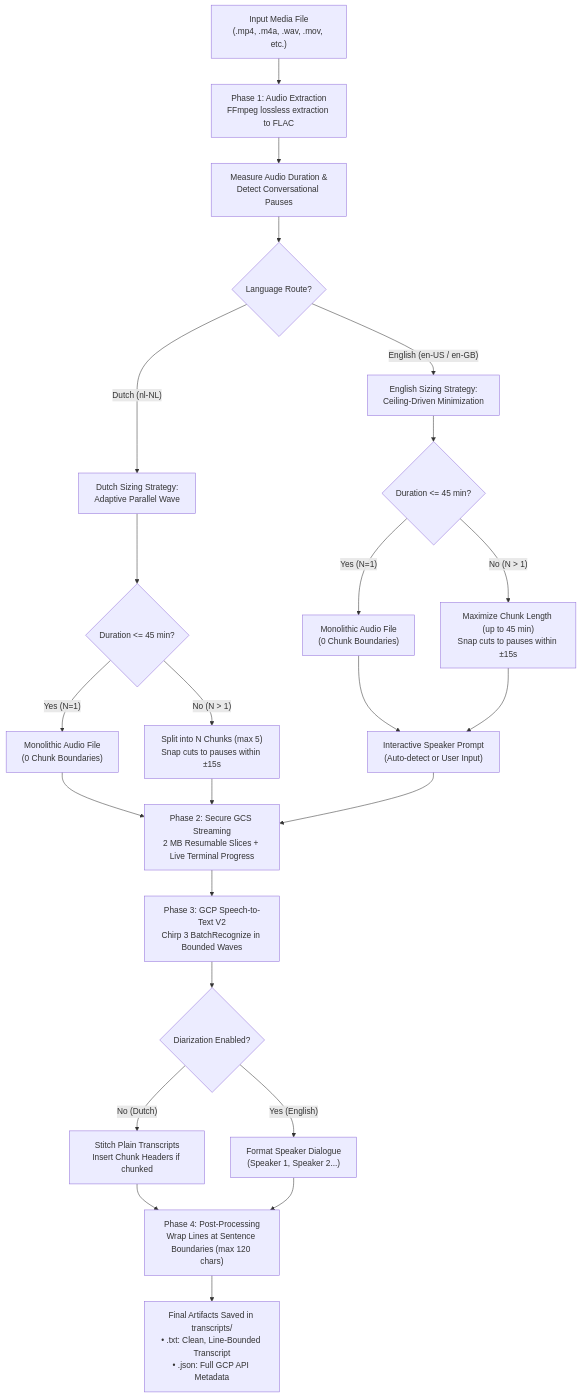
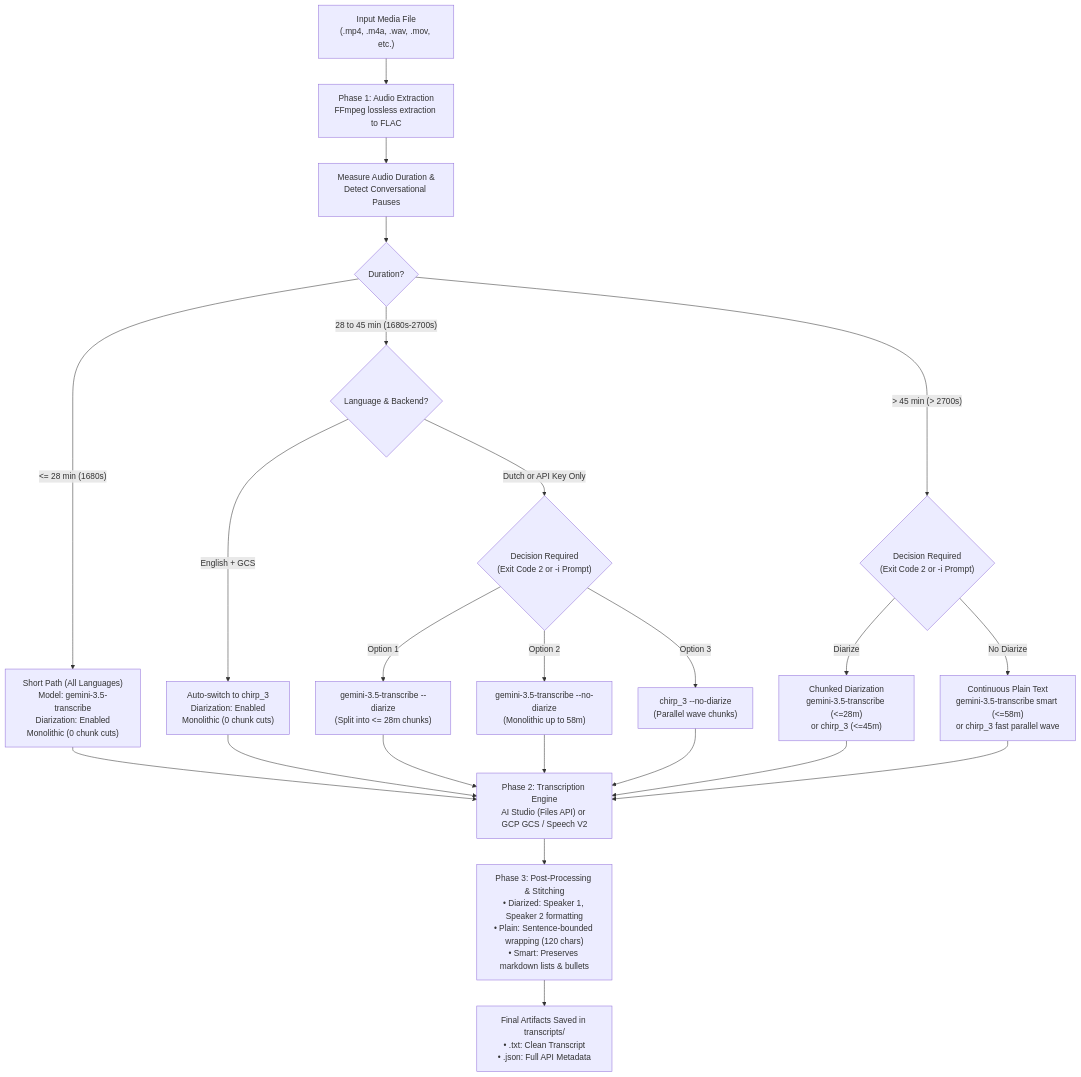
One commit to marketing-engineers/gcp-meeting-transcriber changed the diagram in README.md. Above: the diagram before and after it, drawn with Mermaid. The commit also changed other lines of this file and 3 other files, not shown here.

````diff
--- a/README.md
+++ b/README.md
@@ -122,36 +129,35 @@
 ```mermaid
 flowchart TD
     A["Input Media File<br/>(.mp4, .m4a, .wav, .mov, etc.)"] --> B["Phase 1: Audio Extraction<br/>FFmpeg lossless extraction to FLAC"]
     B --> C["Measure Audio Duration &<br/>Detect Conversational Pauses"]
     
-    C --> D{"Language Route?"}
+    C --> D{"Duration?"}
     
-    %% Dutch Path
-    D -->|"Dutch (nl-NL)"| E["Dutch Sizing Strategy:<br/>Adaptive Parallel Wave"]
-    E --> F{"Duration <= 45 min?"}
-    F -->|"Yes (N=1)"| G["Monolithic Audio File<br/>(0 Chunk Boundaries)"]
-    F -->|"No (N > 1)"| H["Split into N Chunks (max 5)<br/>Snap cuts to pauses within ±15s"]
+    %% Short Path
+    D -->|"<= 28 min (1680s)"| E["Short Path (All Languages)<br/>Model: gemini-3.5-transcribe<br/>Diarization: Enabled<br/>Monolithic (0 chunk cuts)"]
     
-    %% English Path
-    D -->|"English (en-US / en-GB)"| I["English Sizing Strategy:<br/>Ceiling-Driven Minimization"]
-    I --> J{"Duration <= 45 min?"}
-    J -->|"Yes (N=1)"| K["Monolithic Audio File<br/>(0 Chunk Boundaries)"]
-    J -->|"No (N > 1)"| L["Maximize Chunk Length (up to 45 min)<br/>Snap cuts to pauses within ±15s"]
+    %% Medium Path
+    D -->|"28 to 45 min (1680s-2700s)"| F{"Language & Backend?"}
+    F -->|"English + GCS"| G["Auto-switch to chirp_3<br/>Diarization: Enabled<br/>Monolithic (0 chunk cuts)"]
+    F -->|"Dutch or API Key Only"| H{"Decision Required<br/>(Exit Code 2 or -i Prompt)"}
+    H -->|"Option 1"| I["gemini-3.5-transcribe --diarize<br/>(Split into <= 28m chunks)"]
+    H -->|"Option 2"| J["gemini-3.5-transcribe --no-diarize<br/>(Monolithic up to 58m)"]
+    H -->|"Option 3"| K["chirp_3 --no-diarize<br/>(Parallel wave chunks)"]
     
-    G --> M["Phase 2: Secure GCS Streaming<br/>2 MB Resumable Slices + Live Terminal Progress"]
-    H --> M
-    K --> N["Interactive Speaker Prompt<br/>(Auto-detect or User Input)"]
-    L --> N
-    N --> M
+    %% Long Path
+    D -->|"> 45 min (> 2700s)"| L{"Decision Required<br/>(Exit Code 2 or -i Prompt)"}
+    L -->|"Diarize"| M["Chunked Diarization<br/>gemini-3.5-transcribe (<=28m)<br/>or chirp_3 (<=45m)"]
+    L -->|"No Diarize"| N["Continuous Plain Text<br/>gemini-3.5-transcribe smart (<=58m)<br/>or chirp_3 fast parallel wave"]
     
-    M --> O["Phase 3: GCP Speech-to-Text V2<br/>Chirp 3 BatchRecognize in Bounded Waves"]
+    E --> O["Phase 2: Transcription Engine<br/>AI Studio (Files API) or GCP GCS / Speech V2"]
+    G --> O
+    I --> O
+    J --> O
+    K --> O
+    M --> O
+    N --> O
     
-    O --> P{"Diarization Enabled?"}
-    P -->|"No (Dutch)"| Q["Stitch Plain Transcripts<br/>Insert Chunk Headers if chunked"]
-    P -->|"Yes (English)"| R["Format Speaker Dialogue<br/>(Speaker 1, Speaker 2...)"]
+    O --> P["Phase 3: Post-Processing & Stitching<br/>• Diarized: Speaker 1, Speaker 2 formatting<br/>• Plain: Sentence-bounded wrapping (120 chars)<br/>• Smart: Preserves markdown lists & bullets"]
     
-    Q --> S["Phase 4: Post-Processing<br/>Wrap Lines at Sentence Boundaries (max 120 chars)"]
-    R --> S
-    
-    S --> T["Final Artifacts Saved in transcripts/<br/>• .txt: Clean, Line-Bounded Transcript<br/>• .json: Full GCP API Metadata"]
+    P --> Q["Final Artifacts Saved in transcripts/<br/>• .txt: Clean Transcript<br/>• .json: Full API Metadata"]
 ```
````
